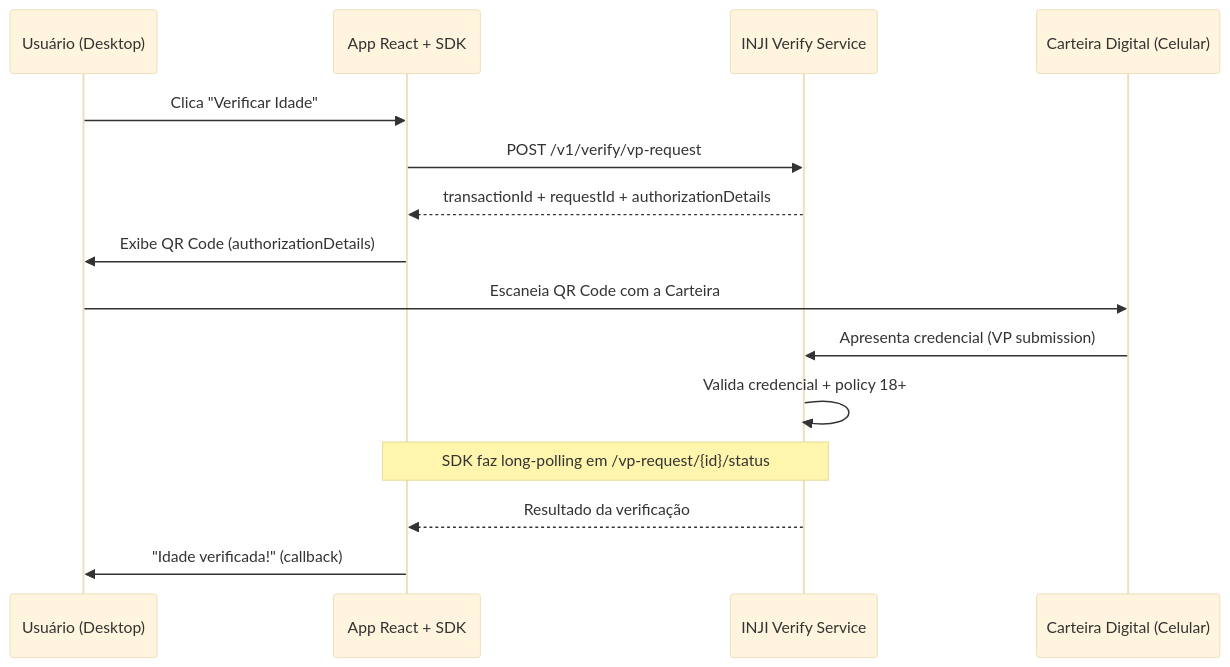
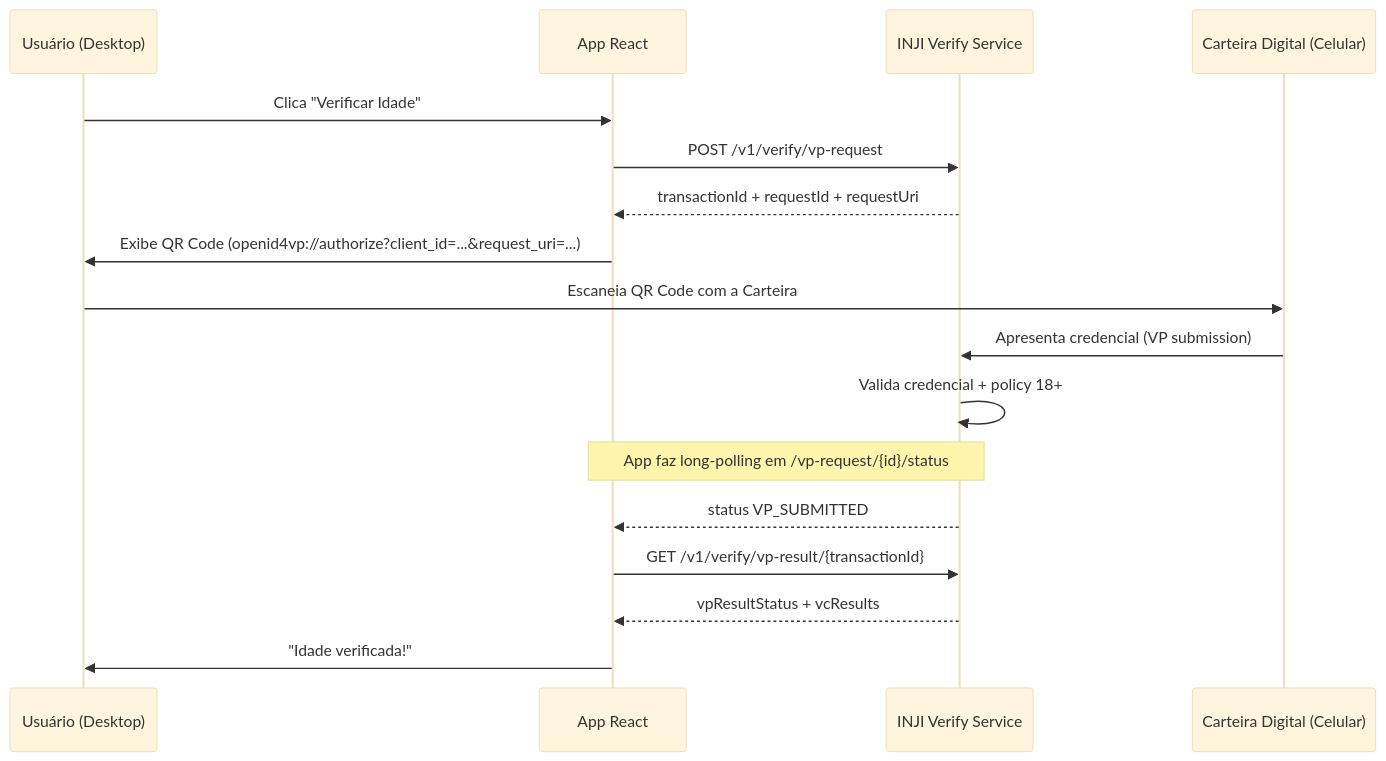
Before and after one commit to infraestrutura-digital/verificaidade_dev: the first of 2 diagrams in fluxo-verificacao.qmd, drawn with Mermaid (base theme). The commit also changed other lines of this file and 21 other files, not shown here.

````diff
--- a/fluxo-verificacao.qmd
+++ b/fluxo-verificacao.qmd
@@ -15,18 +15,20 @@
 ```{mermaid}
 sequenceDiagram
     participant U as Usuário (Desktop)
-    participant SDK as App React + SDK
+    participant A as App React
     participant VS as INJI Verify Service
     participant W as Carteira Digital (Celular)
 
-    U->>SDK: Clica "Verificar Idade"
-    SDK->>VS: POST /v1/verify/vp-request
-    VS-->>SDK: transactionId + requestId + authorizationDetails
-    SDK->>U: Exibe QR Code (authorizationDetails)
+    U->>A: Clica "Verificar Idade"
+    A->>VS: POST /v1/verify/vp-request
+    VS-->>A: transactionId + requestId + requestUri
+    A->>U: Exibe QR Code (openid4vp://authorize?client_id=...&request_uri=...)
     U->>W: Escaneia QR Code com a Carteira
     W->>VS: Apresenta credencial (VP submission)
     VS->>VS: Valida credencial + policy 18+
-    Note over SDK,VS: SDK faz long-polling em /vp-request/{id}/status
-    VS-->>SDK: Resultado da verificação
-    SDK->>U: "Idade verificada!" (callback)
+    Note over A,VS: App faz long-polling em /vp-request/{id}/status
+    VS-->>A: status VP_SUBMITTED
+    A->>VS: GET /v1/verify/vp-result/{transactionId}
+    VS-->>A: vpResultStatus + vcResults
+    A->>U: "Idade verificada!"
 ```
````
